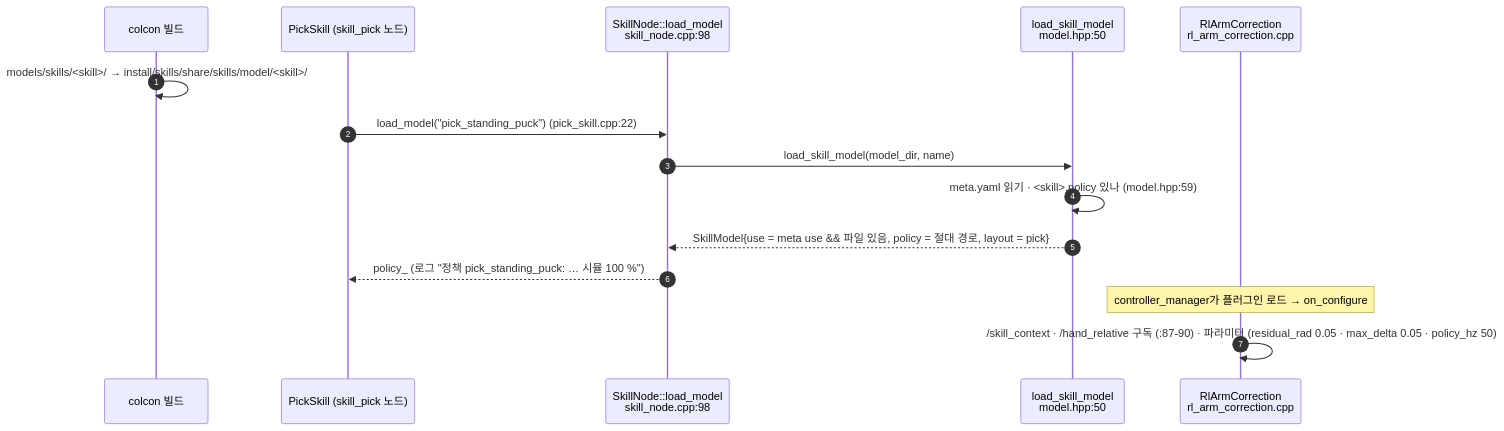
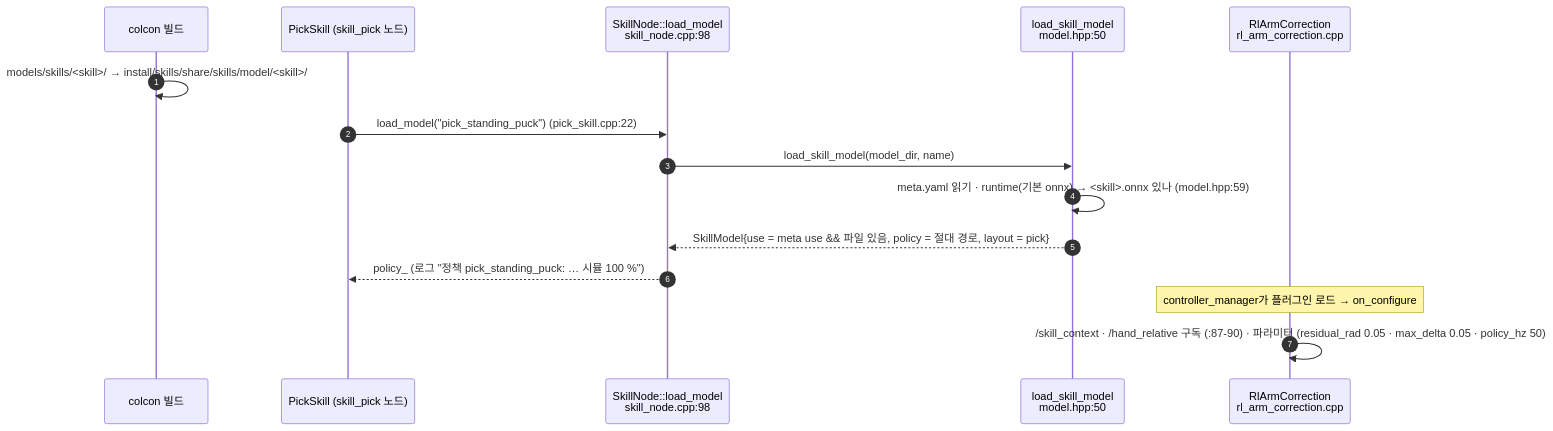
One commit to JuneKunst/JuneKunst.github.io changed the second of 7 diagrams in bee/policy-runtime.md. Above: the diagram before and after it, drawn with Mermaid. The commit also changed other lines of this file and 3 other files, not shown here.

Commit message:
bee: PR #97 적용 기준으로 — 정책 실행 순서 페이지를 ml::Policy · OnnxPolicy 순서도로 · 지금 구조 기준 줄

````diff
--- a/bee/policy-runtime.md
+++ b/bee/policy-runtime.md
@@ -87,17 +96,17 @@
 ```mermaid
 sequenceDiagram
   autonumber
   participant B as colcon 빌드
   participant PS as PickSkill (skill_pick 노드)
   participant SN as SkillNode::load_model<br/>skill_node.cpp:98
   participant MH as load_skill_model<br/>model.hpp:50
   participant RC as RlArmCorrection<br/>rl_arm_correction.cpp
   B->>B: models/skills/<skill>/ → install/skills/share/skills/model/<skill>/
   PS->>SN: load_model("pick_standing_puck")  (pick_skill.cpp:22)
   SN->>MH: load_skill_model(model_dir, name)
-  MH->>MH: meta.yaml 읽기 · <skill>.policy 있나 (model.hpp:59)
+  MH->>MH: meta.yaml 읽기 · runtime(기본 onnx) → <skill>.onnx 있나 (model.hpp:59)
   MH-->>SN: SkillModel{use = meta use && 파일 있음, policy = 절대 경로, layout = pick}
   SN-->>PS: policy_ (로그 "정책 pick_standing_puck: … 시뮬 100 %")
   Note over RC: controller_manager가 플러그인 로드 → on_configure
   RC->>RC: /skill_context · /hand_relative 구독 (:87-90) · 파라미터 (residual_rad 0.05 · max_delta 0.05 · policy_hz 50)
 ```
````
